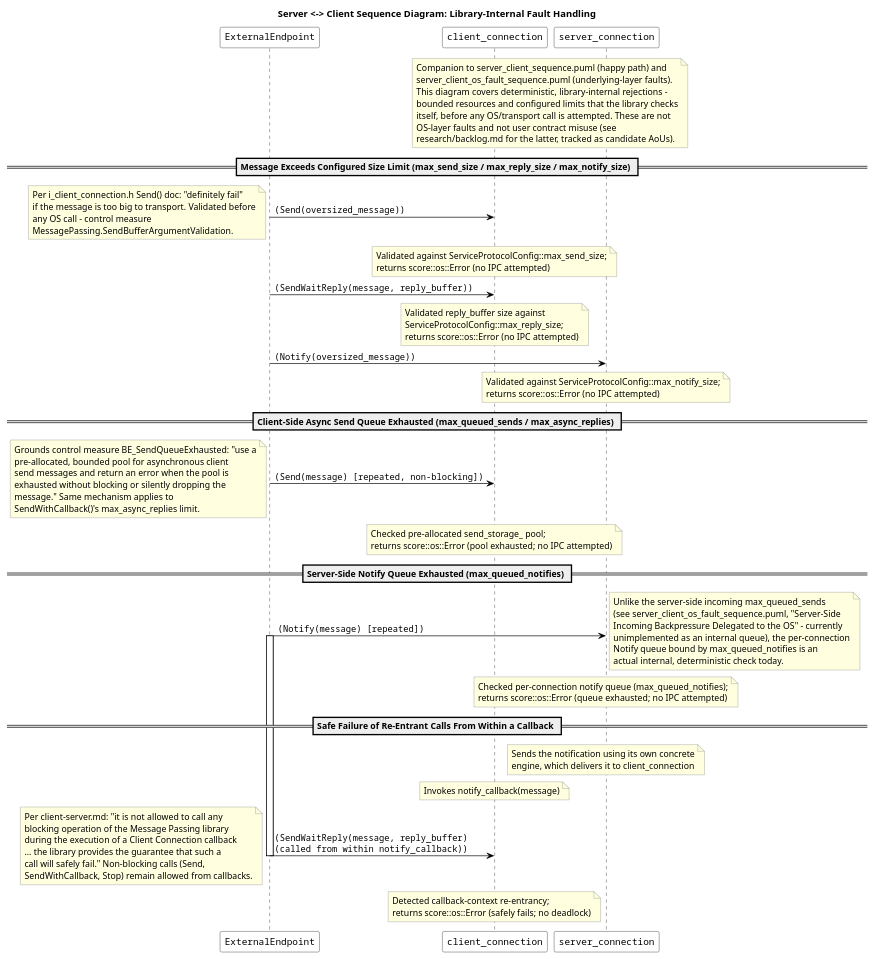
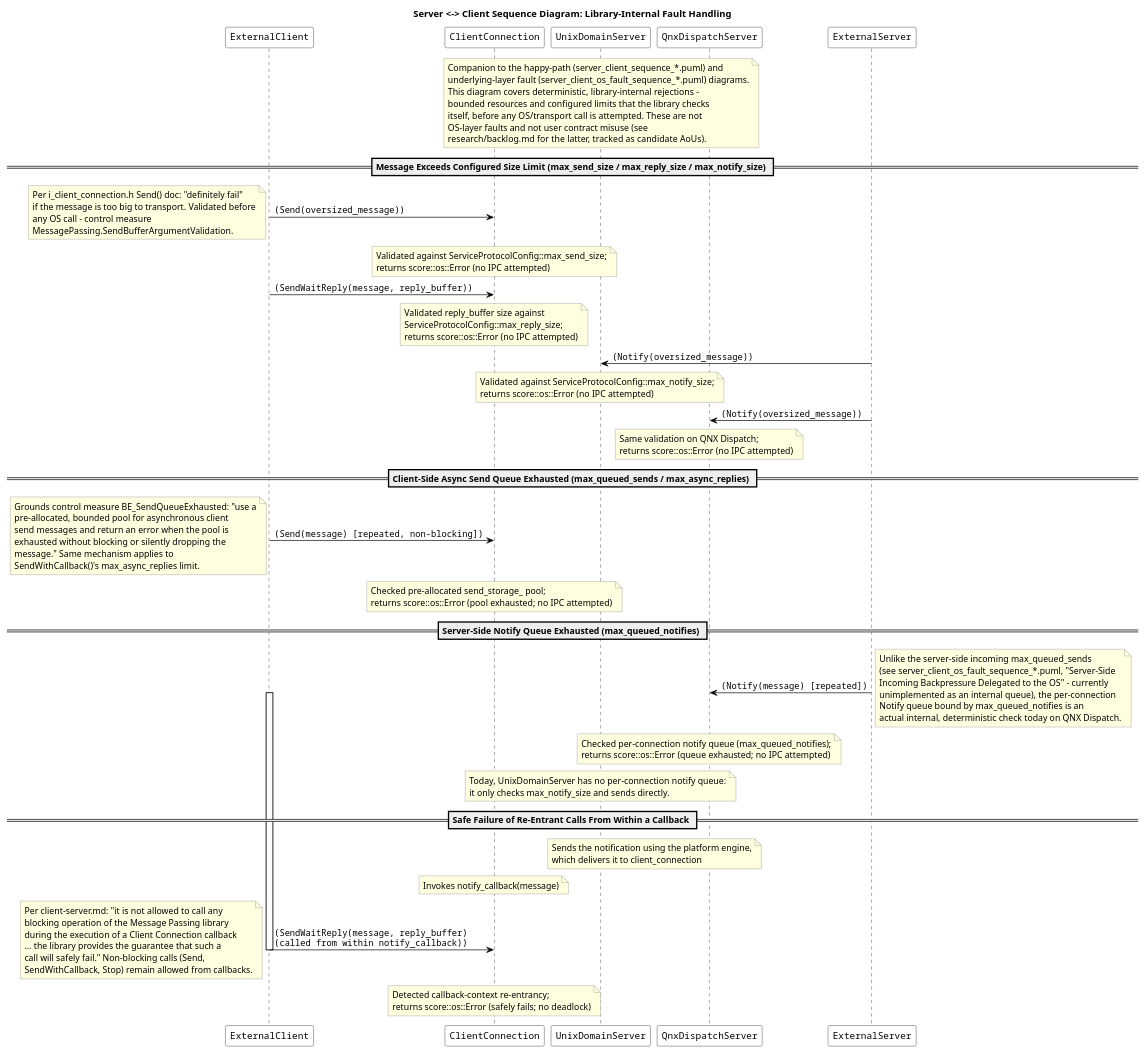
The diagram in score/message_passing/dependability/software_architectural_design/server_client_internal_fault_sequence.puml (eclipse-score/communication), drawn with PlantUML before and after one commit. The commit also changed 15 other files, not shown here.

```diff
--- a/score/message_passing/dependability/software_architectural_design/server_client_internal_fault_sequence.puml
+++ b/score/message_passing/dependability/software_architectural_design/server_client_internal_fault_sequence.puml
@@ -14,72 +14,77 @@
 @startuml
 
 <style>
 .OS {
     LineThickness 5.0
 }
 </style>
 
 skinparam sequenceArrowColor Black
 skinparam sequenceParticipantBackgroundColor White
 skinparam sequenceParticipantBorderColor Black
 skinparam sequenceLifeLineBorderColor Black
 skinparam sequenceGroupBorderColor DarkGray
 skinparam sequenceGroupBodyBackgroundColor #FAFAFA
 skinparam NoteBackgroundColor LightYellow
 skinparam NoteBorderColor Gray
 skinparam NoteTextAlignment left
 skinparam ParticipantFontName Courier
 skinparam sequenceFontName Courier
 skinparam ArrowFontName Courier
 
 title Server <-> Client Sequence Diagram: Library-Internal Fault Handling
 
-note over client_connection, server_connection : Companion to server_client_sequence.puml (happy path) and\nserver_client_os_fault_sequence.puml (underlying-layer faults).\nThis diagram covers deterministic, library-internal rejections -\nbounded resources and configured limits that the library checks\nitself, before any OS/transport call is attempted. These are not\nOS-layer faults and not user contract misuse (see\nresearch/backlog.md for the latter, tracked as candidate AoUs).
+participant "ExternalClient" as ExternalClient
+participant "ClientConnection" as client_connection
+participant "UnixDomainServer" as unix_domain_server
+participant "QnxDispatchServer" as qnx_dispatch_server
+participant "ExternalServer" as ExternalServer
 
-participant "ExternalEndpoint" as ExternalEndpoint
-participant "ClientConnection" as client_connection
-participant "ServerConnection" as server_connection
+note over client_connection, qnx_dispatch_server : Companion to the happy-path (server_client_sequence_*.puml) and\nunderlying-layer fault (server_client_os_fault_sequence_*.puml) diagrams.\nThis diagram covers deterministic, library-internal rejections -\nbounded resources and configured limits that the library checks\nitself, before any OS/transport call is attempted. These are not\nOS-layer faults and not user contract misuse (see\nresearch/backlog.md for the latter, tracked as candidate AoUs).
 
 ' -----------------------------------------------------------------
 == Message Exceeds Configured Size Limit (max_send_size / max_reply_size / max_notify_size) ==
 ' -----------------------------------------------------------------
 
-ExternalEndpoint -> client_connection : (Send(oversized_message))
+ExternalClient -> client_connection : (Send(oversized_message))
 note over client_connection : Validated against ServiceProtocolConfig::max_send_size;\nreturns score::os::Error (no IPC attempted)
 note left : Per i_client_connection.h Send() doc: "definitely fail"\nif the message is too big to transport. Validated before\nany OS call - control measure\nMessagePassing.SendBufferArgumentValidation.
 
-ExternalEndpoint -> client_connection : (SendWaitReply(message, reply_buffer))
+ExternalClient -> client_connection : (SendWaitReply(message, reply_buffer))
 note over client_connection : Validated reply_buffer size against\nServiceProtocolConfig::max_reply_size;\nreturns score::os::Error (no IPC attempted)
 
-ExternalEndpoint -> server_connection : (Notify(oversized_message))
-note over server_connection : Validated against ServiceProtocolConfig::max_notify_size;\nreturns score::os::Error (no IPC attempted)
+ExternalServer -> unix_domain_server : (Notify(oversized_message))
+note over unix_domain_server : Validated against ServiceProtocolConfig::max_notify_size;\nreturns score::os::Error (no IPC attempted)
+ExternalServer -> qnx_dispatch_server : (Notify(oversized_message))
+note over qnx_dispatch_server : Same validation on QNX Dispatch;\nreturns score::os::Error (no IPC attempted)
 
 ' -----------------------------------------------------------------
 == Client-Side Async Send Queue Exhausted (max_queued_sends / max_async_replies) ==
 ' -----------------------------------------------------------------
 
-ExternalEndpoint -> client_connection : (Send(message) [repeated, non-blocking])
+ExternalClient -> client_connection : (Send(message) [repeated, non-blocking])
 note over client_connection : Checked pre-allocated send_storage_ pool;\nreturns score::os::Error (pool exhausted; no IPC attempted)
 note left : Grounds control measure BE_SendQueueExhausted: "use a\npre-allocated, bounded pool for asynchronous client\nsend messages and return an error when the pool is\nexhausted without blocking or silently dropping the\nmessage." Same mechanism applies to\nSendWithCallback()'s max_async_replies limit.
 
 ' -----------------------------------------------------------------
 == Server-Side Notify Queue Exhausted (max_queued_notifies) ==
 ' -----------------------------------------------------------------
 
-ExternalEndpoint -> server_connection : (Notify(message) [repeated])
-note over server_connection : Checked per-connection notify queue (max_queued_notifies);\nreturns score::os::Error (queue exhausted; no IPC attempted)
-note right : Unlike the server-side incoming max_queued_sends\n(see server_client_os_fault_sequence.puml, "Server-Side\nIncoming Backpressure Delegated to the OS" - currently\nunimplemented as an internal queue), the per-connection\nNotify queue bound by max_queued_notifies is an\nactual internal, deterministic check today.
+ExternalServer -> qnx_dispatch_server : (Notify(message) [repeated])
+note over qnx_dispatch_server : Checked per-connection notify queue (max_queued_notifies);\nreturns score::os::Error (queue exhausted; no IPC attempted)
+note over unix_domain_server : Today, UnixDomainServer has no per-connection notify queue:\nit only checks max_notify_size and sends directly.
+note right : Unlike the server-side incoming max_queued_sends\n(see server_client_os_fault_sequence_*.puml, "Server-Side\nIncoming Backpressure Delegated to the OS" - currently\nunimplemented as an internal queue), the per-connection\nNotify queue bound by max_queued_notifies is an\nactual internal, deterministic check today on QNX Dispatch.
 
 ' -----------------------------------------------------------------
 == Safe Failure of Re-Entrant Calls From Within a Callback ==
 ' -----------------------------------------------------------------
 
-note over server_connection : Sends the notification using its own concrete\nengine, which delivers it to client_connection
+note over unix_domain_server, qnx_dispatch_server : Sends the notification using the platform engine,\nwhich delivers it to client_connection
 note over client_connection : Invokes notify_callback(message)
-activate ExternalEndpoint
-ExternalEndpoint -> client_connection : (SendWaitReply(message, reply_buffer)\n(called from within notify_callback))
+activate ExternalClient
+ExternalClient -> client_connection : (SendWaitReply(message, reply_buffer)\n(called from within notify_callback))
 note over client_connection : Detected callback-context re-entrancy;\nreturns score::os::Error (safely fails; no deadlock)
-deactivate ExternalEndpoint
+deactivate ExternalClient
 note left : Per client-server.md: "it is not allowed to call any\nblocking operation of the Message Passing library\nduring the execution of a Client Connection callback\n... the library provides the guarantee that such a\ncall will safely fail." Non-blocking calls (Send,\nSendWithCallback, Stop) remain allowed from callbacks.
 
 @enduml
```
